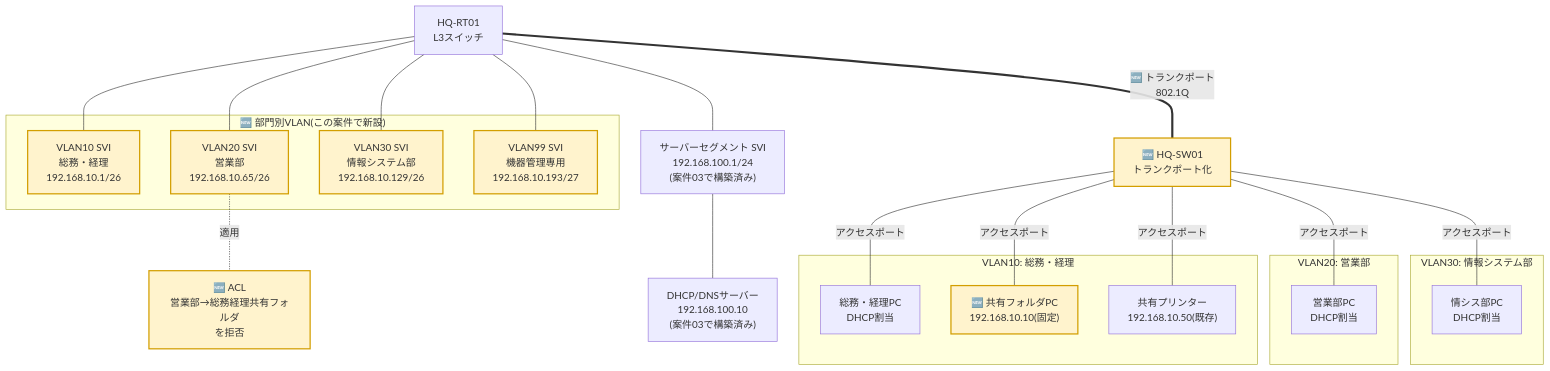
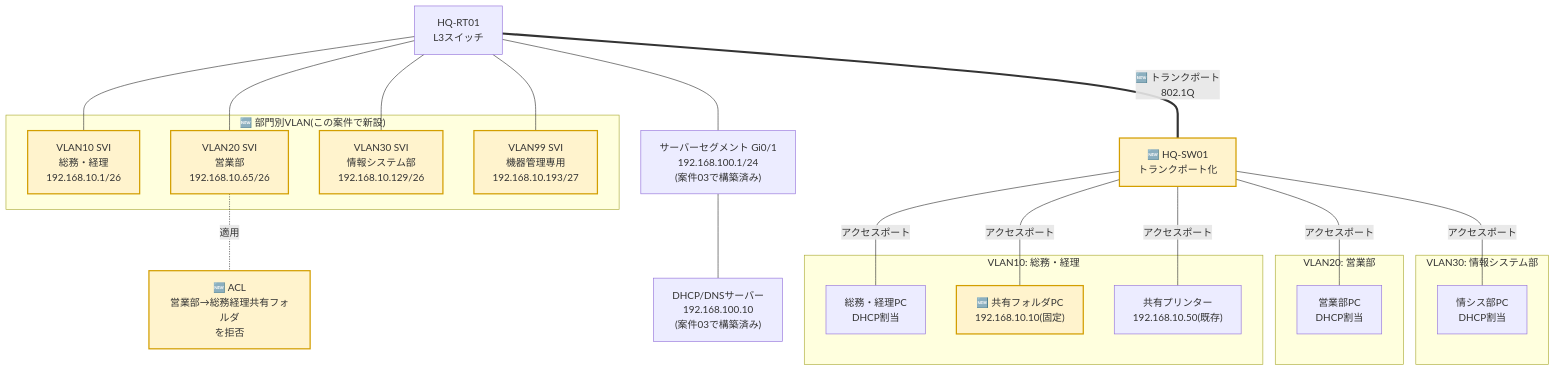
One commit to ns7jp/network changed the diagram in projects/case04_vlan_segmentation/README.md. Above: the diagram before and after it, drawn with Mermaid. The commit also changed other lines of this file and 4 other files, not shown here.

````diff
--- a/projects/case04_vlan_segmentation/README.md
+++ b/projects/case04_vlan_segmentation/README.md
@@ -55,45 +55,45 @@
 ```mermaid
 graph TB
     HQRT["HQ-RT01<br/>L3スイッチ"]
 
     subgraph DEPT["🆕 部門別VLAN(この案件で新設)"]
         SVI10["VLAN10 SVI<br/>総務・経理<br/>192.168.10.1/26"]
         SVI20["VLAN20 SVI<br/>営業部<br/>192.168.10.65/26"]
         SVI30["VLAN30 SVI<br/>情報システム部<br/>192.168.10.129/26"]
         SVI99["VLAN99 SVI<br/>機器管理専用<br/>192.168.10.193/27"]
     end
 
     ACLBOX["🆕 ACL<br/>営業部→総務経理共有フォルダ<br/>を拒否"]
-    SVISRV["サーバーセグメント SVI<br/>192.168.100.1/24<br/>(案件03で構築済み)"]
+    SVISRV["サーバーセグメント Gi0/1<br/>192.168.100.1/24<br/>(案件03で構築済み)"]
     DHCPSRV["DHCP/DNSサーバー<br/>192.168.100.10<br/>(案件03で構築済み)"]
     HQSW["🆕 HQ-SW01<br/>トランクポート化"]
 
     subgraph V10G["VLAN10: 総務・経理"]
         PC10["総務・経理PC<br/>DHCP割当"]
         SHARE["🆕 共有フォルダPC<br/>192.168.10.10(固定)"]
         PR["共有プリンター<br/>192.168.10.50(既存)"]
     end
     subgraph V20G["VLAN20: 営業部"]
         PC20["営業部PC<br/>DHCP割当"]
     end
     subgraph V30G["VLAN30: 情報システム部"]
         PC30["情シス部PC<br/>DHCP割当"]
     end
 
     HQRT --- SVI10
     HQRT --- SVI20
     HQRT --- SVI30
     HQRT --- SVI99
     HQRT --- SVISRV
     SVISRV --- DHCPSRV
     SVI20 -. 適用 .- ACLBOX
     HQRT ===|"🆕 トランクポート<br/>802.1Q"| HQSW
     HQSW ---|アクセスポート| PC10
     HQSW ---|アクセスポート| SHARE
     HQSW ---|アクセスポート| PR
     HQSW ---|アクセスポート| PC20
     HQSW ---|アクセスポート| PC30
 
     classDef newnode fill:#fff3cd,stroke:#d39e00,stroke-width:2px,color:#333;
     class SVI10,SVI20,SVI30,SVI99,ACLBOX,HQSW,SHARE newnode
 ```
````
